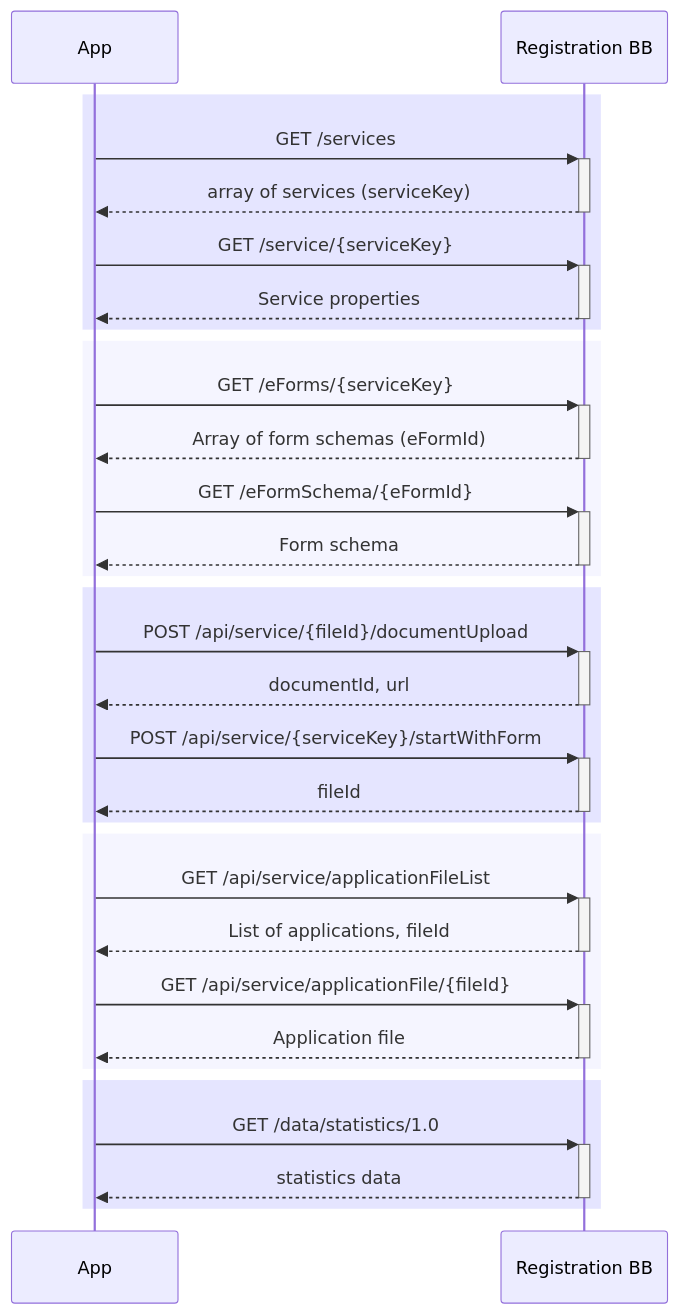
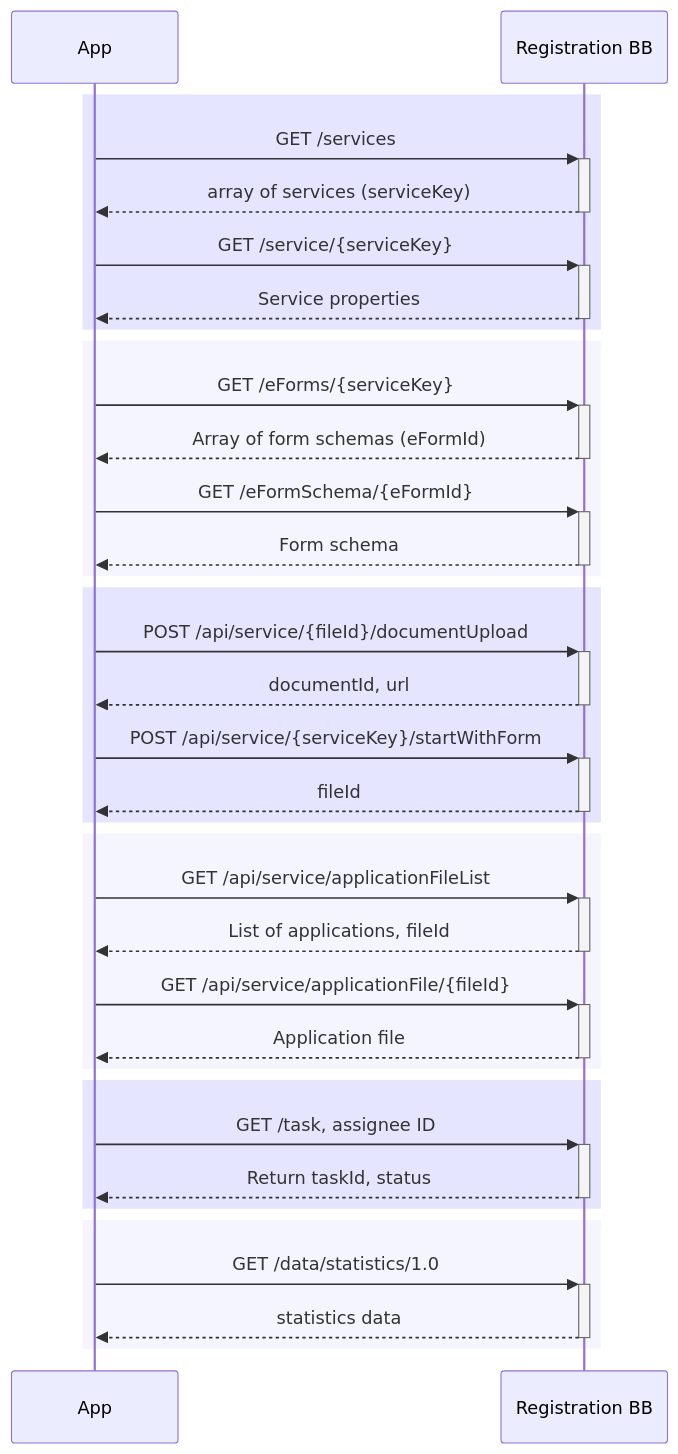
One commit to GovStackWorkingGroup/bb-registration changed the diagram in api/ApplicantSequenceDiagram.mermaid. Above: the diagram before and after it, drawn with Mermaid.

Commit message:
Update ApplicantSequenceDiagram.mermaid
added a task status service

```diff
--- a/api/ApplicantSequenceDiagram.mermaid
+++ b/api/ApplicantSequenceDiagram.mermaid
@@ -1,43 +1,48 @@
 sequenceDiagram
     rect rgba(0, 0, 255, .1)
 
     App->>+Registration BB: GET /services
     Registration BB-->>-App: array of services (serviceKey)
     
     App->>+Registration BB: GET /service/{serviceKey}
     Registration BB-->>-App: Service properties
     
     end
     rect rgba(204, 204, 255, .2)
     App->>+Registration BB: GET /eForms/{serviceKey}
     Registration BB-->>-App: Array of form schemas (eFormId)
 
     App->>+Registration BB: GET /eFormSchema/{eFormId}
     Registration BB-->>-App: Form schema 
 
     end
 
     rect rgba(0, 0, 255, .1)
     App->>+Registration BB: POST /api/service/{fileId}/documentUpload
     Registration BB-->>-App: documentId, url
     
     
     App->>+Registration BB: POST /api/service/{serviceKey}/startWithForm
     Registration BB-->>-App: fileId
     
 
     end
 
     rect rgba(204, 204, 255, .2)
 
     App->>+Registration BB: GET /api/service/applicationFileList
     Registration BB-->>-App: List of applications, fileId
 
     App->>+Registration BB: GET /api/service/applicationFile/{fileId}
     Registration BB-->>-App: Application file 
 
     end
     rect rgba(0, 0, 255, .1)
+    App->>+Registration BB: GET /task,  assignee ID
+    Registration BB-->>-App: Return taskId, status 
+    end
+
+    rect rgba(204, 204, 255, .2)
     App->>+Registration BB: GET /data/statistics/1.0
     Registration BB-->>-App: statistics data
     end
```
